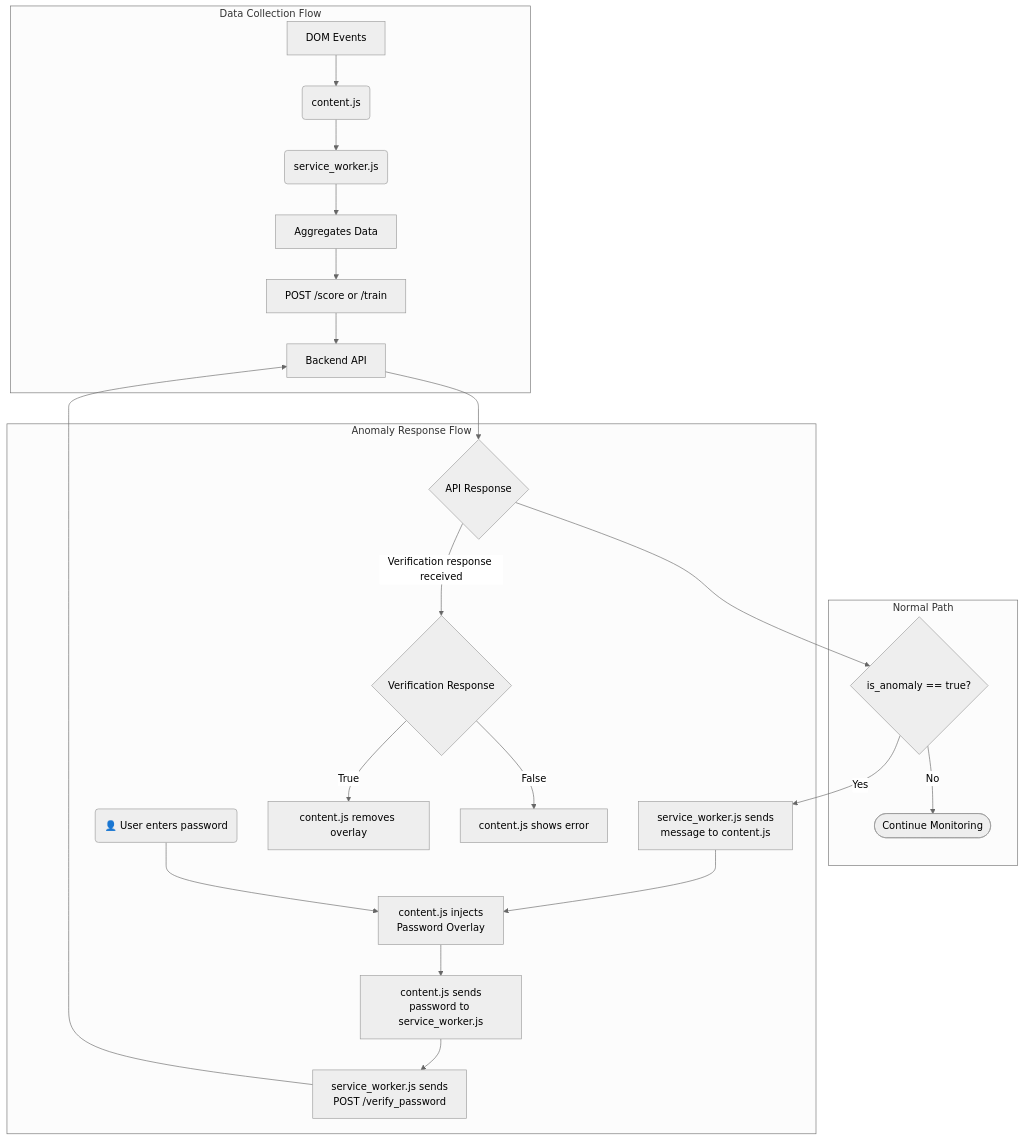
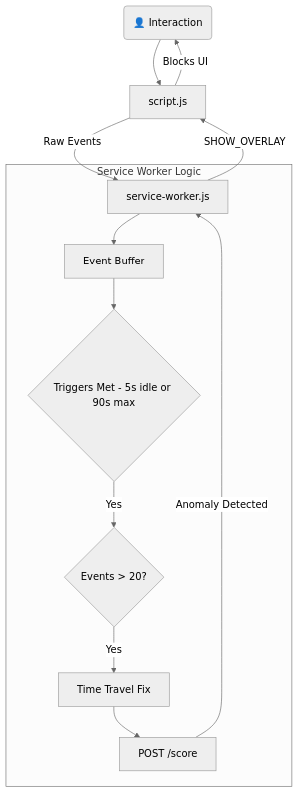
Before and after one commit to Sureinity/maxidom: the diagram in docs/06_FRONTEND_CHROME_EXTENSION.md, drawn with Mermaid (neutral theme). The commit also changed other lines of this file and 8 other files, not shown here.

````diff
--- a/docs/06_FRONTEND_CHROME_EXTENSION.md
+++ b/docs/06_FRONTEND_CHROME_EXTENSION.md
@@ -69,29 +70,17 @@
 ```mermaid
 graph TD
-    subgraph "Data Collection Flow"
-        A[DOM Events] --> B(content.js);
-        B --> C(service_worker.js);
-        C --> D[Aggregates Data];
-        D --> E[POST /score or /train];
-        E --> F[Backend API];
+    User(👤 Interaction) --> Content[script.js]
+    Content -- "Raw Events" --> SW[service-worker.js]
+    
+    subgraph "Service Worker Logic"
+        SW --> Buffer[Event Buffer]
+        Buffer --> Check{Triggers Met - 5s idle or 90s max}
+        Check -- "Yes" --> Filter{Events > 20?}
+        Filter -- "Yes" --> Fix[Time Travel Fix]
+        Fix --> API[POST /score]
     end
     
-    F --> G{API Response};
-    G --> H{is_anomaly == true?};
-    
-    subgraph "Normal Path"
-        H -- "No" --> I([Continue Monitoring]);
-    end
-
-    subgraph "Anomaly Response Flow"
-        H -- "Yes" --> J[service_worker.js sends<br>message to content.js];
-        J --> K[content.js injects<br>Password Overlay];
-        L(👤 User enters password) --> K;
-        K --> M[content.js sends<br>password to service_worker.js];
-        M --> N[service_worker.js sends<br>POST /verify_password];
-        N --> F;
-        G --> |"Verification response received"| O{Verification Response};
-        O -- "True" --> P[content.js removes overlay];
-        O -- "False" --> Q[content.js shows error];
-    end
+    API -- "Anomaly Detected" --> SW
+    SW -- "SHOW_OVERLAY" --> Content
+    Content -- "Blocks UI" --> User
 ```
````
